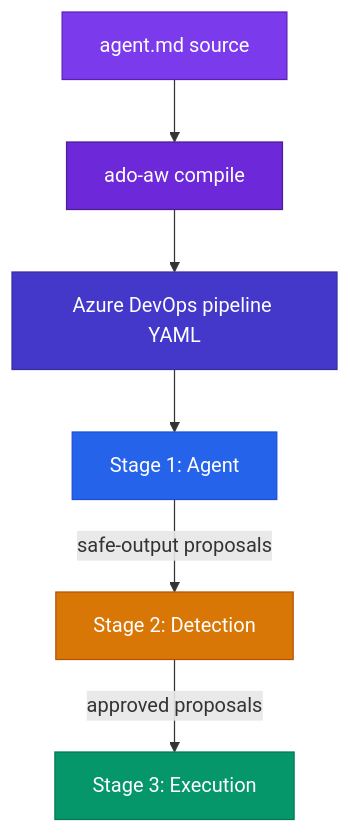
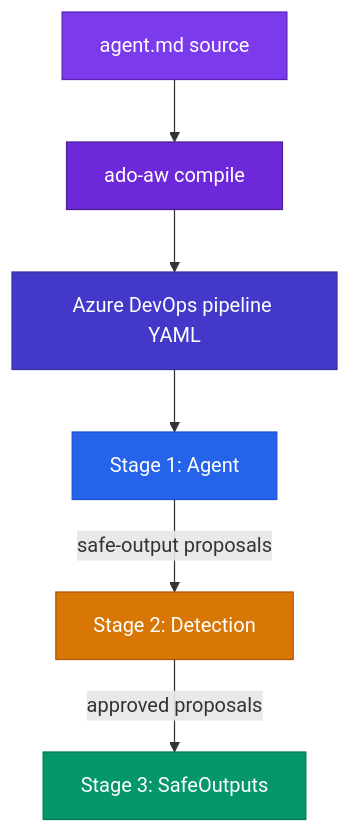
Before and after one commit to githubnext/ado-aw: the diagram in site/src/content/docs/introduction/how-it-works.mdx, drawn with Mermaid. The commit also changed other lines of this file and 8 other files, not shown here.

First line of the commit message:
docs: add service connections guide and rename Execution stage to SafeOutputs

````diff
--- a/site/src/content/docs/introduction/how-it-works.mdx
+++ b/site/src/content/docs/introduction/how-it-works.mdx
@@ -58,15 +58,15 @@
 ```mermaid
 flowchart TD
     A["agent.md source"] --> B["ado-aw compile"]
     B --> C["Azure DevOps pipeline YAML"]
     C --> D["Stage 1: Agent"]
     D -->|"safe-output proposals"| E["Stage 2: Detection"]
-    E -->|"approved proposals"| F["Stage 3: Execution"]
+    E -->|"approved proposals"| F["Stage 3: SafeOutputs"]
 
     style A fill:#7c3aed,color:#fff,stroke:#5b21b6
     style B fill:#6d28d9,color:#fff,stroke:#4c1d95
     style C fill:#4338ca,color:#fff,stroke:#3730a3
     style D fill:#2563eb,color:#fff,stroke:#1d4ed8
     style E fill:#d97706,color:#fff,stroke:#b45309
     style F fill:#059669,color:#fff,stroke:#047857
 ```
````
